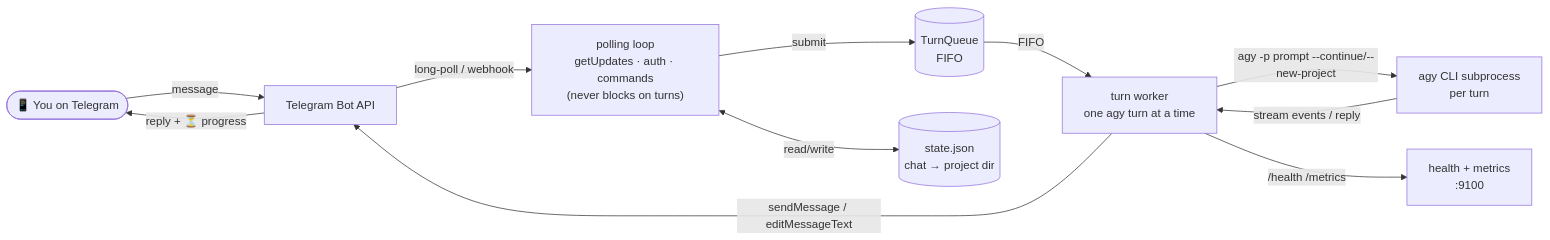
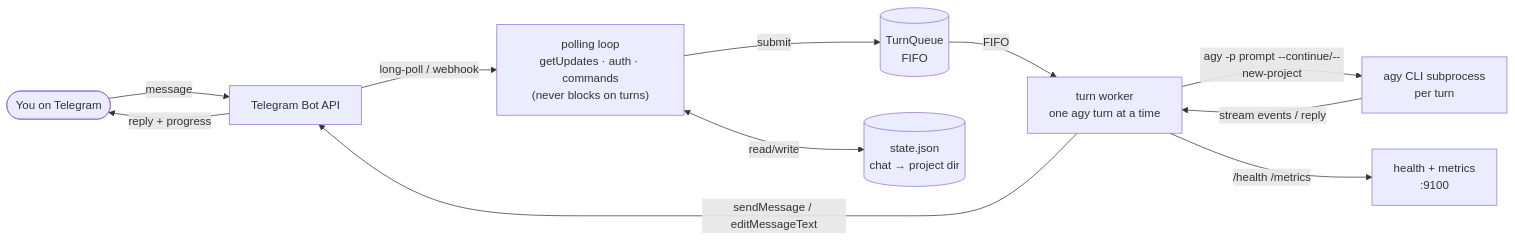
The diagram in README.md (hah23255/agy-to-im), drawn with Mermaid before and after one commit. The commit also changed other lines of this file, not shown here.

````diff
--- a/README.md
+++ b/README.md
@@ -126,22 +106,22 @@
 ```mermaid
 flowchart LR
-    User([📱 You on Telegram])
+    User([You on Telegram])
     TG[Telegram Bot API]
     Poll["polling loop<br/>getUpdates · auth · commands<br/>(never blocks on turns)"]
     Queue[("TurnQueue<br/>FIFO")]
     Worker["turn worker<br/>one agy turn at a time"]
     Agy[agy CLI subprocess<br/>per turn]
     State[(state.json<br/>chat → project dir)]
     Health[health + metrics<br/>:9100]
 
     User -->|message| TG
     TG -->|long-poll / webhook| Poll
     Poll -->|submit| Queue
     Queue -->|FIFO| Worker
     Worker -->|agy -p prompt --continue/--new-project| Agy
     Agy -->|stream events / reply| Worker
     Worker -->|sendMessage / editMessageText| TG
-    TG -->|reply + ⏳ progress| User
+    TG -->|reply + progress| User
     Poll <-->|read/write| State
     Worker -->|/health /metrics| Health
 ```
````
